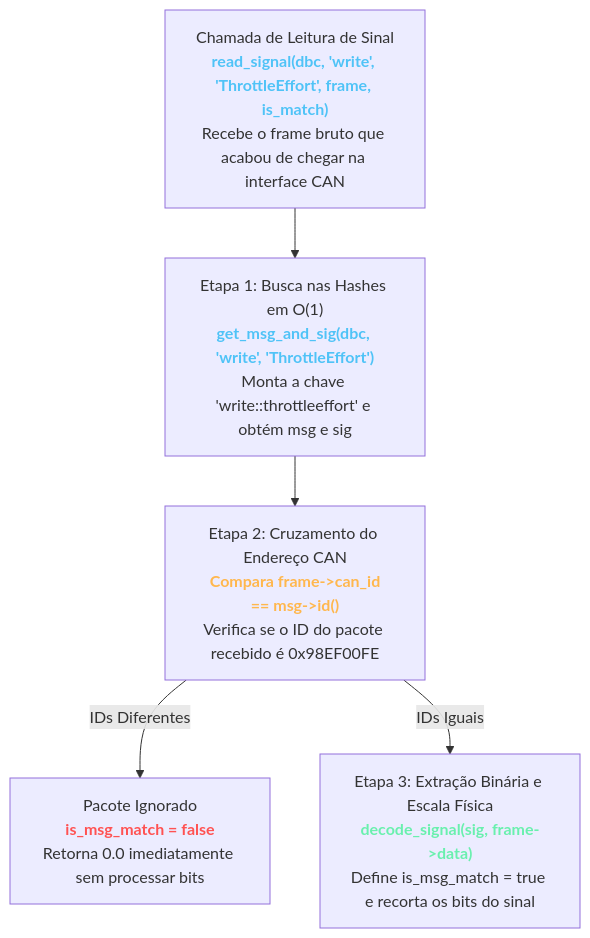
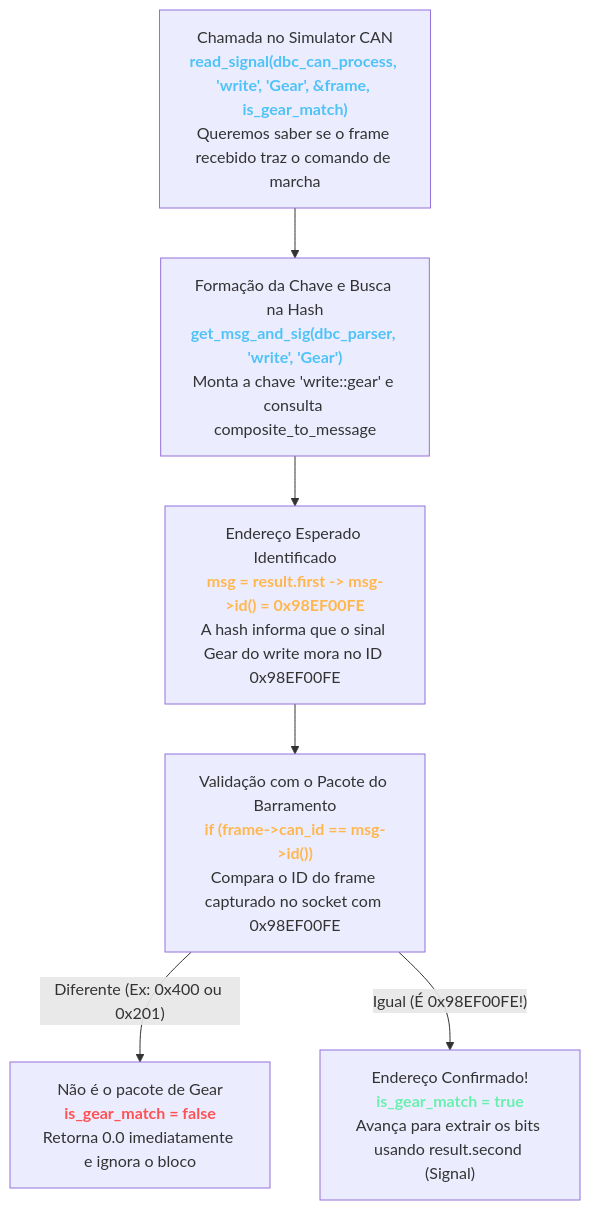
Before and after one commit to BrenoCSilva/lume: the diagram in README.md, drawn with Mermaid. The commit also changed other lines of this file, not shown here.

````diff
--- a/README.md
+++ b/README.md
@@ -194,12 +205,14 @@
 ```mermaid
 flowchart TD
-    IN["Chamada de Leitura de Sinal<br/><b style='color:#4fc3f7'>read_signal(dbc, 'write', 'ThrottleEffort', frame, is_match)</b><br/>Recebe o frame bruto que acabou de chegar na interface CAN"]
+    CALL["Chamada no Simulator CAN<br/><b style='color:#4fc3f7'>read_signal(dbc_can_process, 'write', 'Gear', &frame, is_gear_match)</b><br/>Queremos saber se o frame recebido traz o comando de marcha"]
 
-    IN --> STEP1["Etapa 1: Busca nas Hashes em O(1)<br/><b style='color:#4fc3f7'>get_msg_and_sig(dbc, 'write', 'ThrottleEffort')</b><br/>Monta a chave 'write::throttleeffort' e obtém msg e sig"]
+    CALL --> GET["Formação da Chave e Busca na Hash<br/><b style='color:#4fc3f7'>get_msg_and_sig(dbc_parser, 'write', 'Gear')</b><br/>Monta a chave 'write::gear' e consulta composite_to_message"]
 
-    STEP1 --> STEP2["Etapa 2: Cruzamento do Endereço CAN<br/><b style='color:#ffb74d'> Compara frame->can_id == msg->id()</b><br/>Verifica se o ID do pacote recebido é 0x98EF00FE"]
+    GET --> MSG["Endereço Esperado Identificado<br/><b style='color:#ffb74d'>msg = result.first -> msg->id() = 0x98EF00FE</b><br/>A hash informa que o sinal Gear do write mora no ID 0x98EF00FE"]
 
-    STEP2 -->|"IDs Diferentes"| IGN["Pacote Ignorado<br/><b style='color:#ff5252'>is_msg_match = false</b><br/>Retorna 0.0 imediatamente sem processar bits"]
+    MSG --> CHECK["Validação com o Pacote do Barramento<br/><b style='color:#ffb74d'>if (frame->can_id == msg->id())</b><br/>Compara o ID do frame capturado no socket com 0x98EF00FE"]
 
-    STEP2 -->|"IDs Iguais"| STEP3["Etapa 3: Extração Binária e Escala Física<br/><b style='color:#69f0ae'>decode_signal(sig, frame->data)</b><br/>Define is_msg_match = true e recorta os bits do sinal"]
+    CHECK -->|"Diferente (Ex: 0x400 ou 0x201)"| NO["Não é o pacote de Gear<br/><b style='color:#ff5252'>is_gear_match = false</b><br/>Retorna 0.0 imediatamente e ignora o bloco"]
+
+    CHECK -->|"Igual (É 0x98EF00FE!)"| YES["Endereço Confirmado!<br/><b style='color:#69f0ae'>is_gear_match = true</b><br/>Avança para extrair os bits usando result.second (Signal)"]
 ```
````
